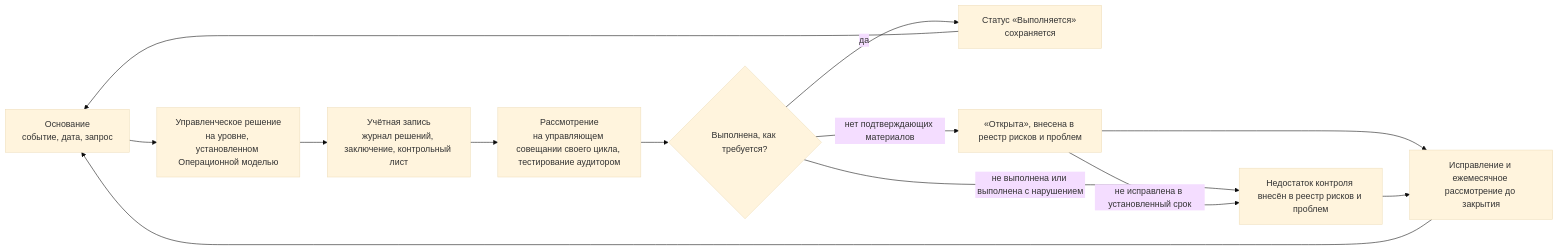
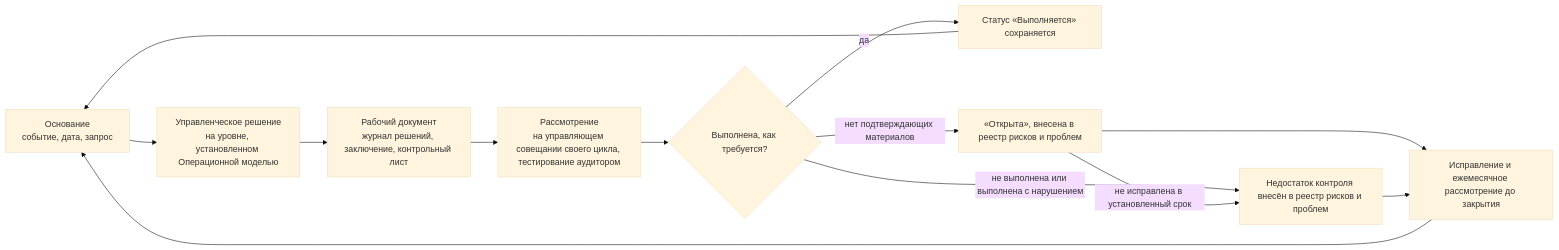
One commit to devhogu/ob-aicc changed the seventh of 8 diagrams in charter/ru/documents/operating-model.md. Above: the diagram before and after it, drawn with Mermaid (base theme). The commit also changed other lines of this file and 300 other files, not shown here.

First line of the commit message:
Russian edition: a Record is «рабочий документ»; the charter's documents are «нормативные документы»

````diff
--- a/charter/ru/documents/operating-model.md
+++ b/charter/ru/documents/operating-model.md
@@ -335,15 +335,15 @@
 ```mermaid
 flowchart LR
   T["Основание<br/>событие, дата, запрос"] --> D["Управленческое решение<br/>на уровне, установленном Операционной моделью"]
-  D --> R["Учётная запись<br/>журнал решений, заключение, контрольный лист"]
+  D --> R["Рабочий документ<br/>журнал решений, заключение, контрольный лист"]
   R --> V["Рассмотрение<br/>на управляющем совещании своего цикла, тестирование аудитором"]
   V --> C{"Выполнена, как требуется?"}
   C -->|да| K["Статус «Выполняется» сохраняется"]
   C -->|"нет подтверждающих материалов"| O["«Открыта», внесена в реестр рисков и проблем"]
   C -->|"не выполнена или выполнена с нарушением"| F["Недостаток контроля внесён в реестр рисков и проблем"]
   O -->|"не исправлена в установленный срок"| F
   O --> X["Исправление и ежемесячное рассмотрение до закрытия"]
   F --> X
   X --> T
   K --> T
 ```
````
